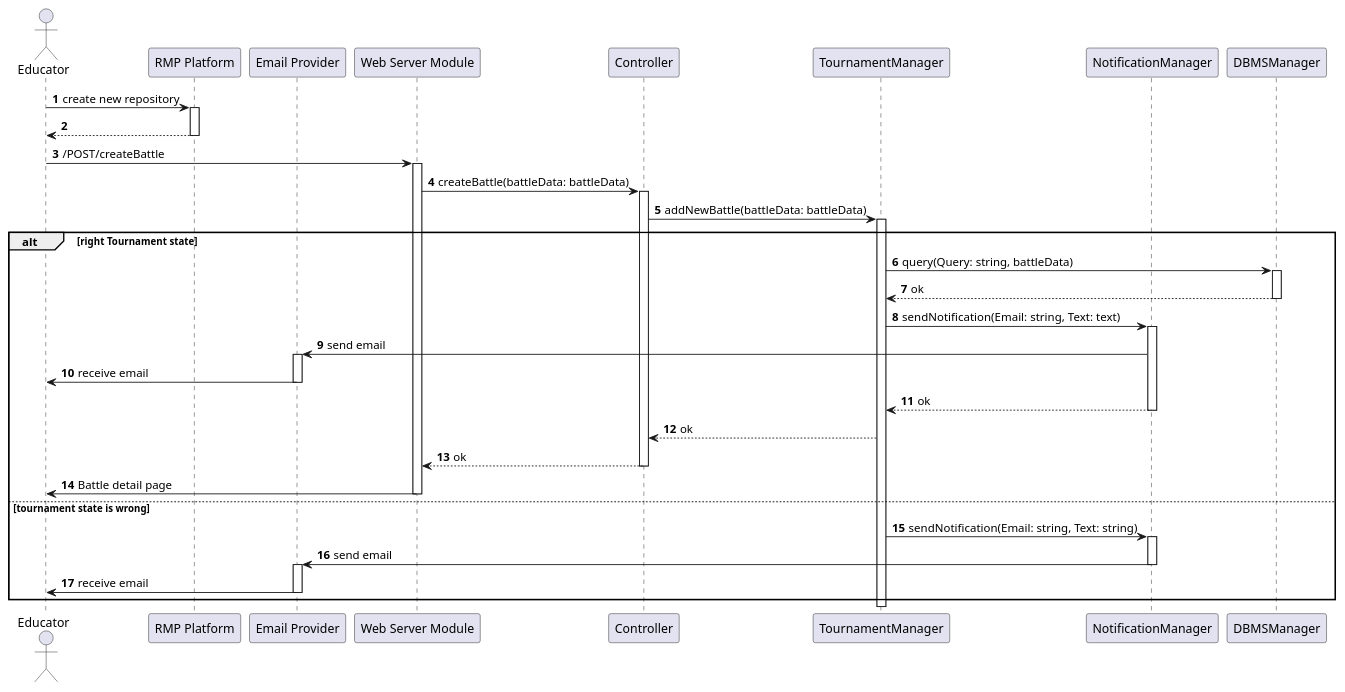
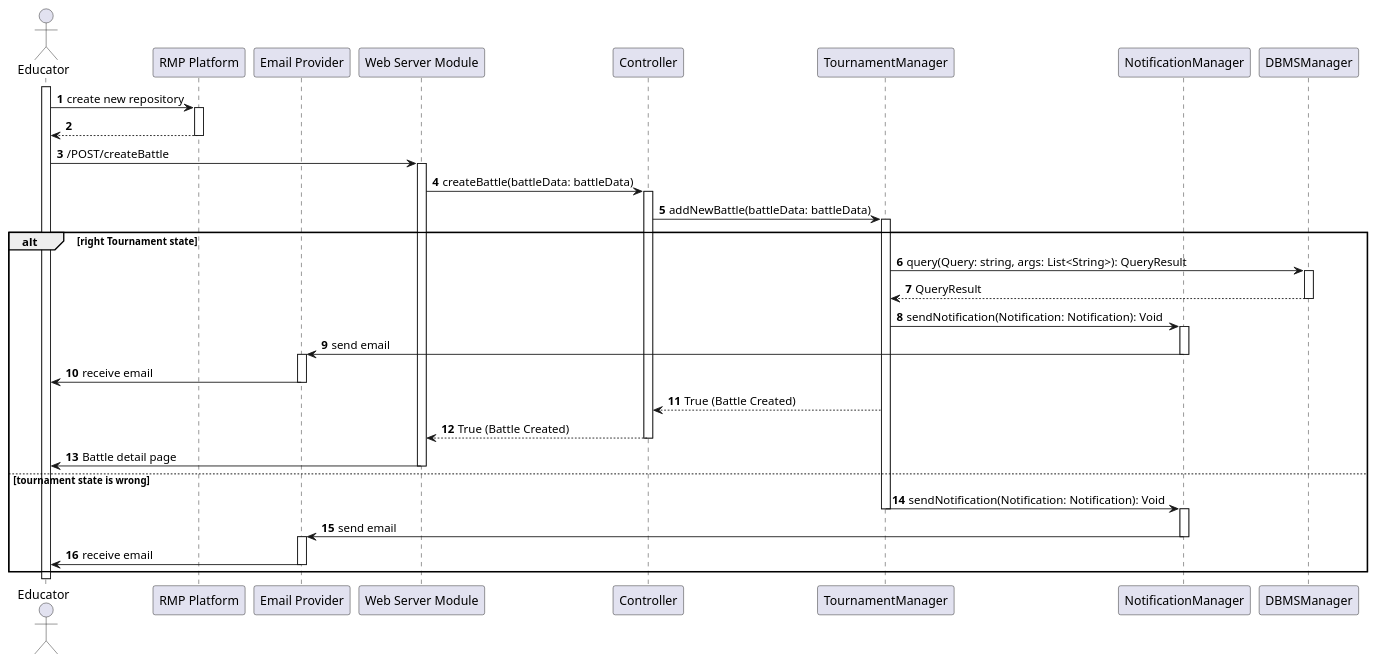
The diagram in _DD/Images/sequenceDiagrams/createABattle.wsd (Angelo7672/SE2_Requirement-and-Design-Document), drawn with PlantUML before and after one commit. The commit also changed 3 other files, not shown here.

```diff
--- a/_DD/Images/sequenceDiagrams/createABattle.wsd
+++ b/_DD/Images/sequenceDiagrams/createABattle.wsd
@@ -1,51 +1,52 @@
 @startuml
 
 'NEW:w
 autonumber
 actor Educator as E
 participant "RMP Platform" as RMP
 participant "Email Provider" as EM 
 participant "Web Server Module" as WS
 participant Controller as C
 participant TournamentManager as TM
 participant NotificationManager as NM
 participant DBMSManager as DB 
 
+activate E
 E -> RMP: create new repository
 activate RMP
 RMP --> E
 deactivate RMP
 E -> WS: /POST/createBattle
 activate WS
 WS -> C: createBattle(battleData: battleData)
 activate C
 C -> TM: addNewBattle(battleData: battleData)
 activate TM
 alt right Tournament state
-    TM -> DB: query(Query: string, battleData)
+    TM -> DB: query(Query: string, args: List<String>): QueryResult
     activate DB
-    DB --> TM: ok
+    DB --> TM: QueryResult
     deactivate DB
-    TM -> NM: sendNotification(Email: string, Text: text)
+    TM -> NM: sendNotification(Notification: Notification): Void
     activate NM
     NM -> EM: send email
+    deactivate NM
     activate EM
     EM -> E: receive email
     deactivate EM
-    NM --> TM: ok
-    deactivate NM
-    TM --> C: ok
-    C --> WS: ok
+    TM --> C: True (Battle Created)
+    C --> WS: True (Battle Created)
     deactivate C
     WS -> E: Battle detail page
     deactivate WS
 else tournament state is wrong 
-    TM -> NM: sendNotification(Email: string, Text: string)
+    TM -> NM: sendNotification(Notification: Notification): Void
+    deactivate TM
     activate NM
     NM -> EM: send email
     deactivate NM
     activate EM
     EM -> E: receive email
     deactivate EM
 end
 @enduml
```
